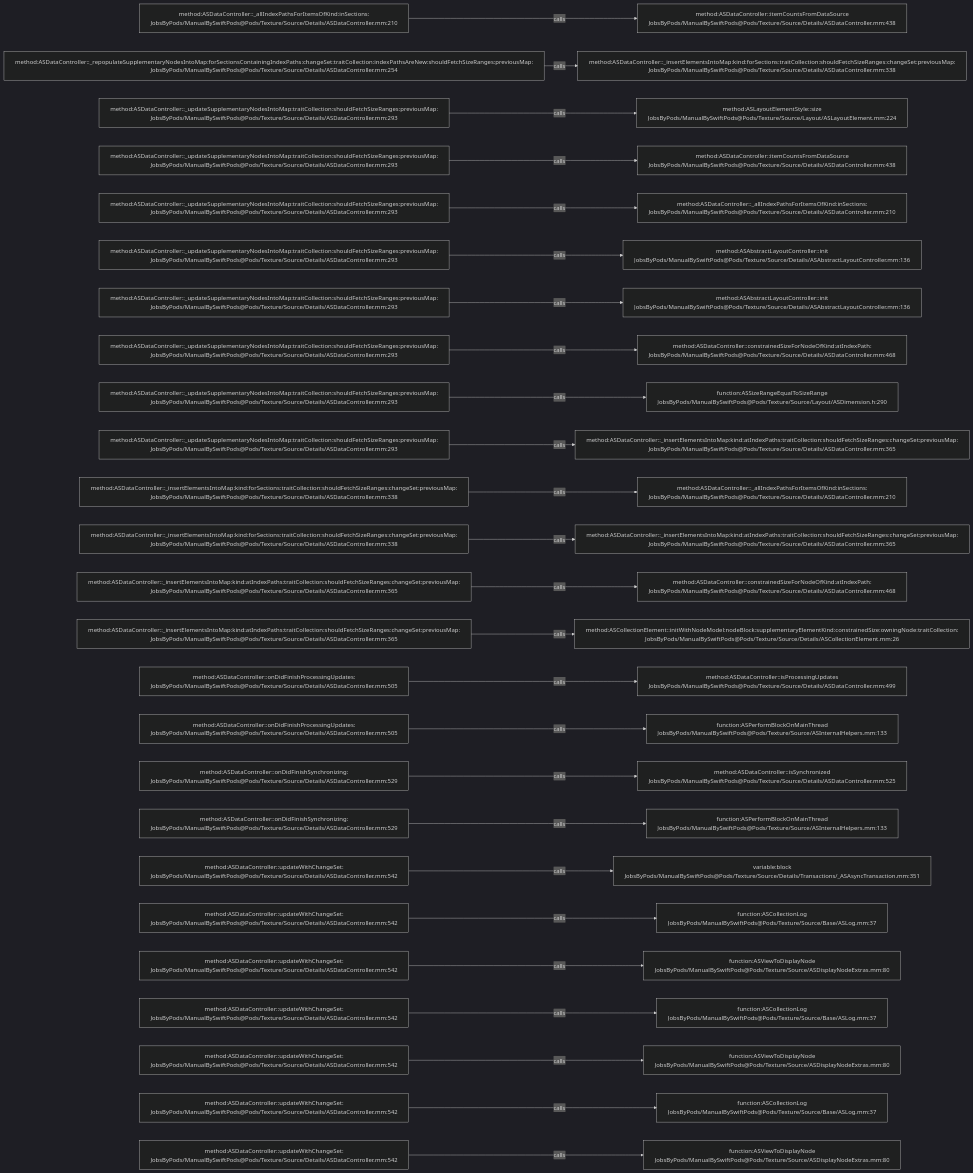
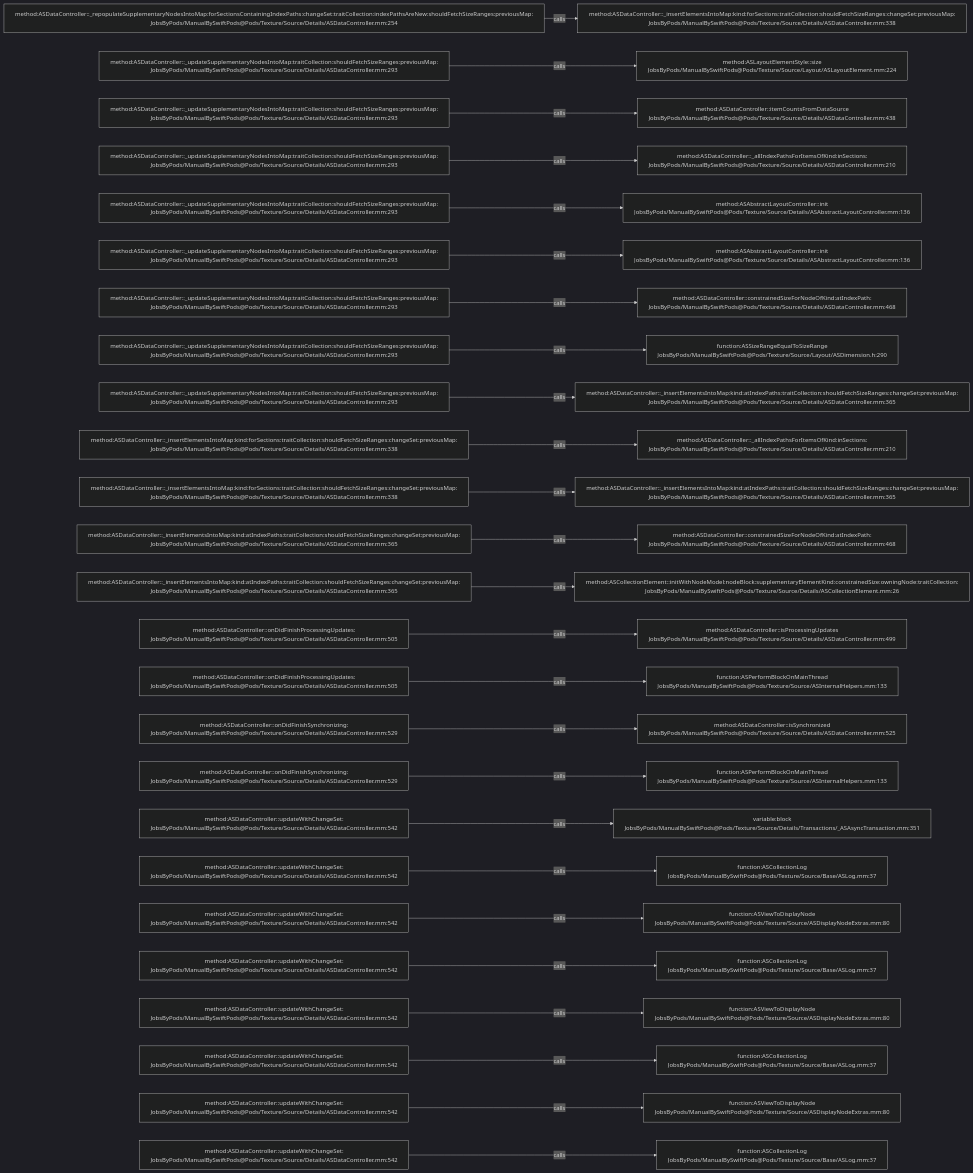
The diagram in .codegraph/codegraph.md/graphs/calls-085.md (JobsKits/JobsSwiftBaseConfigDemo), drawn with Mermaid (dark theme) before and after one commit. The commit also changed 747 other files, not shown here.

````diff
--- a/.codegraph/codegraph.md/graphs/calls-085.md
+++ b/.codegraph/codegraph.md/graphs/calls-085.md
@@ -13,78 +13,78 @@
 ```mermaid
 flowchart LR
-  S1["method:ASDataController::_allIndexPathsForItemsOfKind:inSections:<br/>JobsByPods/ManualBySwiftPods@Pods/Texture/Source/Details/ASDataController.mm:210"]
-  T1["method:ASDataController::itemCountsFromDataSource<br/>JobsByPods/ManualBySwiftPods@Pods/Texture/Source/Details/ASDataController.mm:438"]
+  S1["method:ASDataController::_repopulateSupplementaryNodesIntoMap:forSectionsContainingIndexPaths:changeSet:traitCollection:indexPathsAreNew:shouldFetchSizeRanges:previousMap:<br/>JobsByPods/ManualBySwiftPods@Pods/Texture/Source/Details/ASDataController.mm:254"]
+  T1["method:ASDataController::_insertElementsIntoMap:kind:forSections:traitCollection:shouldFetchSizeRanges:changeSet:previousMap:<br/>JobsByPods/ManualBySwiftPods@Pods/Texture/Source/Details/ASDataController.mm:338"]
   S1 -->|calls| T1
-  S2["method:ASDataController::_repopulateSupplementaryNodesIntoMap:forSectionsContainingIndexPaths:changeSet:traitCollection:indexPathsAreNew:shouldFetchSizeRanges:previousMap:<br/>JobsByPods/ManualBySwiftPods@Pods/Texture/Source/Details/ASDataController.mm:254"]
-  T2["method:ASDataController::_insertElementsIntoMap:kind:forSections:traitCollection:shouldFetchSizeRanges:changeSet:previousMap:<br/>JobsByPods/ManualBySwiftPods@Pods/Texture/Source/Details/ASDataController.mm:338"]
+  S2["method:ASDataController::_updateSupplementaryNodesIntoMap:traitCollection:shouldFetchSizeRanges:previousMap:<br/>JobsByPods/ManualBySwiftPods@Pods/Texture/Source/Details/ASDataController.mm:293"]
+  T2["method:ASLayoutElementStyle::size<br/>JobsByPods/ManualBySwiftPods@Pods/Texture/Source/Layout/ASLayoutElement.mm:224"]
   S2 -->|calls| T2
   S3["method:ASDataController::_updateSupplementaryNodesIntoMap:traitCollection:shouldFetchSizeRanges:previousMap:<br/>JobsByPods/ManualBySwiftPods@Pods/Texture/Source/Details/ASDataController.mm:293"]
-  T3["method:ASLayoutElementStyle::size<br/>JobsByPods/ManualBySwiftPods@Pods/Texture/Source/Layout/ASLayoutElement.mm:224"]
+  T3["method:ASDataController::itemCountsFromDataSource<br/>JobsByPods/ManualBySwiftPods@Pods/Texture/Source/Details/ASDataController.mm:438"]
   S3 -->|calls| T3
   S4["method:ASDataController::_updateSupplementaryNodesIntoMap:traitCollection:shouldFetchSizeRanges:previousMap:<br/>JobsByPods/ManualBySwiftPods@Pods/Texture/Source/Details/ASDataController.mm:293"]
-  T4["method:ASDataController::itemCountsFromDataSource<br/>JobsByPods/ManualBySwiftPods@Pods/Texture/Source/Details/ASDataController.mm:438"]
+  T4["method:ASDataController::_allIndexPathsForItemsOfKind:inSections:<br/>JobsByPods/ManualBySwiftPods@Pods/Texture/Source/Details/ASDataController.mm:210"]
   S4 -->|calls| T4
   S5["method:ASDataController::_updateSupplementaryNodesIntoMap:traitCollection:shouldFetchSizeRanges:previousMap:<br/>JobsByPods/ManualBySwiftPods@Pods/Texture/Source/Details/ASDataController.mm:293"]
-  T5["method:ASDataController::_allIndexPathsForItemsOfKind:inSections:<br/>JobsByPods/ManualBySwiftPods@Pods/Texture/Source/Details/ASDataController.mm:210"]
+  T5["method:ASAbstractLayoutController::init<br/>JobsByPods/ManualBySwiftPods@Pods/Texture/Source/Details/ASAbstractLayoutController.mm:136"]
   S5 -->|calls| T5
   S6["method:ASDataController::_updateSupplementaryNodesIntoMap:traitCollection:shouldFetchSizeRanges:previousMap:<br/>JobsByPods/ManualBySwiftPods@Pods/Texture/Source/Details/ASDataController.mm:293"]
   T6["method:ASAbstractLayoutController::init<br/>JobsByPods/ManualBySwiftPods@Pods/Texture/Source/Details/ASAbstractLayoutController.mm:136"]
   S6 -->|calls| T6
   S7["method:ASDataController::_updateSupplementaryNodesIntoMap:traitCollection:shouldFetchSizeRanges:previousMap:<br/>JobsByPods/ManualBySwiftPods@Pods/Texture/Source/Details/ASDataController.mm:293"]
-  T7["method:ASAbstractLayoutController::init<br/>JobsByPods/ManualBySwiftPods@Pods/Texture/Source/Details/ASAbstractLayoutController.mm:136"]
+  T7["method:ASDataController::constrainedSizeForNodeOfKind:atIndexPath:<br/>JobsByPods/ManualBySwiftPods@Pods/Texture/Source/Details/ASDataController.mm:468"]
   S7 -->|calls| T7
   S8["method:ASDataController::_updateSupplementaryNodesIntoMap:traitCollection:shouldFetchSizeRanges:previousMap:<br/>JobsByPods/ManualBySwiftPods@Pods/Texture/Source/Details/ASDataController.mm:293"]
-  T8["method:ASDataController::constrainedSizeForNodeOfKind:atIndexPath:<br/>JobsByPods/ManualBySwiftPods@Pods/Texture/Source/Details/ASDataController.mm:468"]
+  T8["function:ASSizeRangeEqualToSizeRange<br/>JobsByPods/ManualBySwiftPods@Pods/Texture/Source/Layout/ASDimension.h:290"]
   S8 -->|calls| T8
   S9["method:ASDataController::_updateSupplementaryNodesIntoMap:traitCollection:shouldFetchSizeRanges:previousMap:<br/>JobsByPods/ManualBySwiftPods@Pods/Texture/Source/Details/ASDataController.mm:293"]
-  T9["function:ASSizeRangeEqualToSizeRange<br/>JobsByPods/ManualBySwiftPods@Pods/Texture/Source/Layout/ASDimension.h:290"]
+  T9["method:ASDataController::_insertElementsIntoMap:kind:atIndexPaths:traitCollection:shouldFetchSizeRanges:changeSet:previousMap:<br/>JobsByPods/ManualBySwiftPods@Pods/Texture/Source/Details/ASDataController.mm:365"]
   S9 -->|calls| T9
-  S10["method:ASDataController::_updateSupplementaryNodesIntoMap:traitCollection:shouldFetchSizeRanges:previousMap:<br/>JobsByPods/ManualBySwiftPods@Pods/Texture/Source/Details/ASDataController.mm:293"]
-  T10["method:ASDataController::_insertElementsIntoMap:kind:atIndexPaths:traitCollection:shouldFetchSizeRanges:changeSet:previousMap:<br/>JobsByPods/ManualBySwiftPods@Pods/Texture/Source/Details/ASDataController.mm:365"]
+  S10["method:ASDataController::_insertElementsIntoMap:kind:forSections:traitCollection:shouldFetchSizeRanges:changeSet:previousMap:<br/>JobsByPods/ManualBySwiftPods@Pods/Texture/Source/Details/ASDataController.mm:338"]
+  T10["method:ASDataController::_allIndexPathsForItemsOfKind:inSections:<br/>JobsByPods/ManualBySwiftPods@Pods/Texture/Source/Details/ASDataController.mm:210"]
   S10 -->|calls| T10
   S11["method:ASDataController::_insertElementsIntoMap:kind:forSections:traitCollection:shouldFetchSizeRanges:changeSet:previousMap:<br/>JobsByPods/ManualBySwiftPods@Pods/Texture/Source/Details/ASDataController.mm:338"]
-  T11["method:ASDataController::_allIndexPathsForItemsOfKind:inSections:<br/>JobsByPods/ManualBySwiftPods@Pods/Texture/Source/Details/ASDataController.mm:210"]
+  T11["method:ASDataController::_insertElementsIntoMap:kind:atIndexPaths:traitCollection:shouldFetchSizeRanges:changeSet:previousMap:<br/>JobsByPods/ManualBySwiftPods@Pods/Texture/Source/Details/ASDataController.mm:365"]
   S11 -->|calls| T11
-  S12["method:ASDataController::_insertElementsIntoMap:kind:forSections:traitCollection:shouldFetchSizeRanges:changeSet:previousMap:<br/>JobsByPods/ManualBySwiftPods@Pods/Texture/Source/Details/ASDataController.mm:338"]
-  T12["method:ASDataController::_insertElementsIntoMap:kind:atIndexPaths:traitCollection:shouldFetchSizeRanges:changeSet:previousMap:<br/>JobsByPods/ManualBySwiftPods@Pods/Texture/Source/Details/ASDataController.mm:365"]
+  S12["method:ASDataController::_insertElementsIntoMap:kind:atIndexPaths:traitCollection:shouldFetchSizeRanges:changeSet:previousMap:<br/>JobsByPods/ManualBySwiftPods@Pods/Texture/Source/Details/ASDataController.mm:365"]
+  T12["method:ASDataController::constrainedSizeForNodeOfKind:atIndexPath:<br/>JobsByPods/ManualBySwiftPods@Pods/Texture/Source/Details/ASDataController.mm:468"]
   S12 -->|calls| T12
   S13["method:ASDataController::_insertElementsIntoMap:kind:atIndexPaths:traitCollection:shouldFetchSizeRanges:changeSet:previousMap:<br/>JobsByPods/ManualBySwiftPods@Pods/Texture/Source/Details/ASDataController.mm:365"]
-  T13["method:ASDataController::constrainedSizeForNodeOfKind:atIndexPath:<br/>JobsByPods/ManualBySwiftPods@Pods/Texture/Source/Details/ASDataController.mm:468"]
+  T13["method:ASCollectionElement::initWithNodeModel:nodeBlock:supplementaryElementKind:constrainedSize:owningNode:traitCollection:<br/>JobsByPods/ManualBySwiftPods@Pods/Texture/Source/Details/ASCollectionElement.mm:26"]
   S13 -->|calls| T13
-  S14["method:ASDataController::_insertElementsIntoMap:kind:atIndexPaths:traitCollection:shouldFetchSizeRanges:changeSet:previousMap:<br/>JobsByPods/ManualBySwiftPods@Pods/Texture/Source/Details/ASDataController.mm:365"]
-  T14["method:ASCollectionElement::initWithNodeModel:nodeBlock:supplementaryElementKind:constrainedSize:owningNode:traitCollection:<br/>JobsByPods/ManualBySwiftPods@Pods/Texture/Source/Details/ASCollectionElement.mm:26"]
+  S14["method:ASDataController::onDidFinishProcessingUpdates:<br/>JobsByPods/ManualBySwiftPods@Pods/Texture/Source/Details/ASDataController.mm:505"]
+  T14["method:ASDataController::isProcessingUpdates<br/>JobsByPods/ManualBySwiftPods@Pods/Texture/Source/Details/ASDataController.mm:499"]
   S14 -->|calls| T14
   S15["method:ASDataController::onDidFinishProcessingUpdates:<br/>JobsByPods/ManualBySwiftPods@Pods/Texture/Source/Details/ASDataController.mm:505"]
-  T15["method:ASDataController::isProcessingUpdates<br/>JobsByPods/ManualBySwiftPods@Pods/Texture/Source/Details/ASDataController.mm:499"]
+  T15["function:ASPerformBlockOnMainThread<br/>JobsByPods/ManualBySwiftPods@Pods/Texture/Source/ASInternalHelpers.mm:133"]
   S15 -->|calls| T15
-  S16["method:ASDataController::onDidFinishProcessingUpdates:<br/>JobsByPods/ManualBySwiftPods@Pods/Texture/Source/Details/ASDataController.mm:505"]
-  T16["function:ASPerformBlockOnMainThread<br/>JobsByPods/ManualBySwiftPods@Pods/Texture/Source/ASInternalHelpers.mm:133"]
+  S16["method:ASDataController::onDidFinishSynchronizing:<br/>JobsByPods/ManualBySwiftPods@Pods/Texture/Source/Details/ASDataController.mm:529"]
+  T16["method:ASDataController::isSynchronized<br/>JobsByPods/ManualBySwiftPods@Pods/Texture/Source/Details/ASDataController.mm:525"]
   S16 -->|calls| T16
   S17["method:ASDataController::onDidFinishSynchronizing:<br/>JobsByPods/ManualBySwiftPods@Pods/Texture/Source/Details/ASDataController.mm:529"]
-  T17["method:ASDataController::isSynchronized<br/>JobsByPods/ManualBySwiftPods@Pods/Texture/Source/Details/ASDataController.mm:525"]
+  T17["function:ASPerformBlockOnMainThread<br/>JobsByPods/ManualBySwiftPods@Pods/Texture/Source/ASInternalHelpers.mm:133"]
   S17 -->|calls| T17
-  S18["method:ASDataController::onDidFinishSynchronizing:<br/>JobsByPods/ManualBySwiftPods@Pods/Texture/Source/Details/ASDataController.mm:529"]
-  T18["function:ASPerformBlockOnMainThread<br/>JobsByPods/ManualBySwiftPods@Pods/Texture/Source/ASInternalHelpers.mm:133"]
+  S18["method:ASDataController::updateWithChangeSet:<br/>JobsByPods/ManualBySwiftPods@Pods/Texture/Source/Details/ASDataController.mm:542"]
+  T18["variable:block<br/>JobsByPods/ManualBySwiftPods@Pods/Texture/Source/Details/Transactions/_ASAsyncTransaction.mm:351"]
   S18 -->|calls| T18
   S19["method:ASDataController::updateWithChangeSet:<br/>JobsByPods/ManualBySwiftPods@Pods/Texture/Source/Details/ASDataController.mm:542"]
-  T19["variable:block<br/>JobsByPods/ManualBySwiftPods@Pods/Texture/Source/Details/Transactions/_ASAsyncTransaction.mm:351"]
+  T19["function:ASCollectionLog<br/>JobsByPods/ManualBySwiftPods@Pods/Texture/Source/Base/ASLog.mm:37"]
   S19 -->|calls| T19
   S20["method:ASDataController::updateWithChangeSet:<br/>JobsByPods/ManualBySwiftPods@Pods/Texture/Source/Details/ASDataController.mm:542"]
-  T20["function:ASCollectionLog<br/>JobsByPods/ManualBySwiftPods@Pods/Texture/Source/Base/ASLog.mm:37"]
+  T20["function:ASViewToDisplayNode<br/>JobsByPods/ManualBySwiftPods@Pods/Texture/Source/ASDisplayNodeExtras.mm:80"]
   S20 -->|calls| T20
   S21["method:ASDataController::updateWithChangeSet:<br/>JobsByPods/ManualBySwiftPods@Pods/Texture/Source/Details/ASDataController.mm:542"]
-  T21["function:ASViewToDisplayNode<br/>JobsByPods/ManualBySwiftPods@Pods/Texture/Source/ASDisplayNodeExtras.mm:80"]
+  T21["function:ASCollectionLog<br/>JobsByPods/ManualBySwiftPods@Pods/Texture/Source/Base/ASLog.mm:37"]
   S21 -->|calls| T21
   S22["method:ASDataController::updateWithChangeSet:<br/>JobsByPods/ManualBySwiftPods@Pods/Texture/Source/Details/ASDataController.mm:542"]
-  T22["function:ASCollectionLog<br/>JobsByPods/ManualBySwiftPods@Pods/Texture/Source/Base/ASLog.mm:37"]
+  T22["function:ASViewToDisplayNode<br/>JobsByPods/ManualBySwiftPods@Pods/Texture/Source/ASDisplayNodeExtras.mm:80"]
   S22 -->|calls| T22
   S23["method:ASDataController::updateWithChangeSet:<br/>JobsByPods/ManualBySwiftPods@Pods/Texture/Source/Details/ASDataController.mm:542"]
-  T23["function:ASViewToDisplayNode<br/>JobsByPods/ManualBySwiftPods@Pods/Texture/Source/ASDisplayNodeExtras.mm:80"]
+  T23["function:ASCollectionLog<br/>JobsByPods/ManualBySwiftPods@Pods/Texture/Source/Base/ASLog.mm:37"]
   S23 -->|calls| T23
   S24["method:ASDataController::updateWithChangeSet:<br/>JobsByPods/ManualBySwiftPods@Pods/Texture/Source/Details/ASDataController.mm:542"]
-  T24["function:ASCollectionLog<br/>JobsByPods/ManualBySwiftPods@Pods/Texture/Source/Base/ASLog.mm:37"]
+  T24["function:ASViewToDisplayNode<br/>JobsByPods/ManualBySwiftPods@Pods/Texture/Source/ASDisplayNodeExtras.mm:80"]
   S24 -->|calls| T24
   S25["method:ASDataController::updateWithChangeSet:<br/>JobsByPods/ManualBySwiftPods@Pods/Texture/Source/Details/ASDataController.mm:542"]
-  T25["function:ASViewToDisplayNode<br/>JobsByPods/ManualBySwiftPods@Pods/Texture/Source/ASDisplayNodeExtras.mm:80"]
+  T25["function:ASCollectionLog<br/>JobsByPods/ManualBySwiftPods@Pods/Texture/Source/Base/ASLog.mm:37"]
   S25 -->|calls| T25
 ```
````
